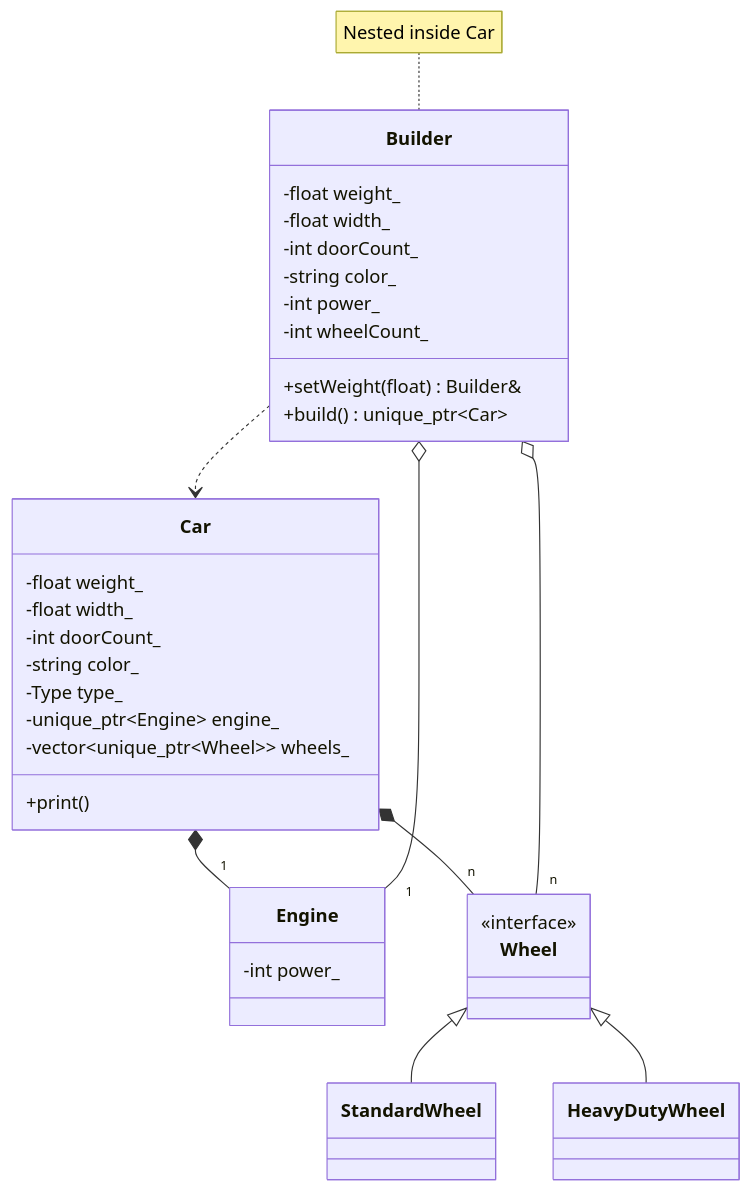
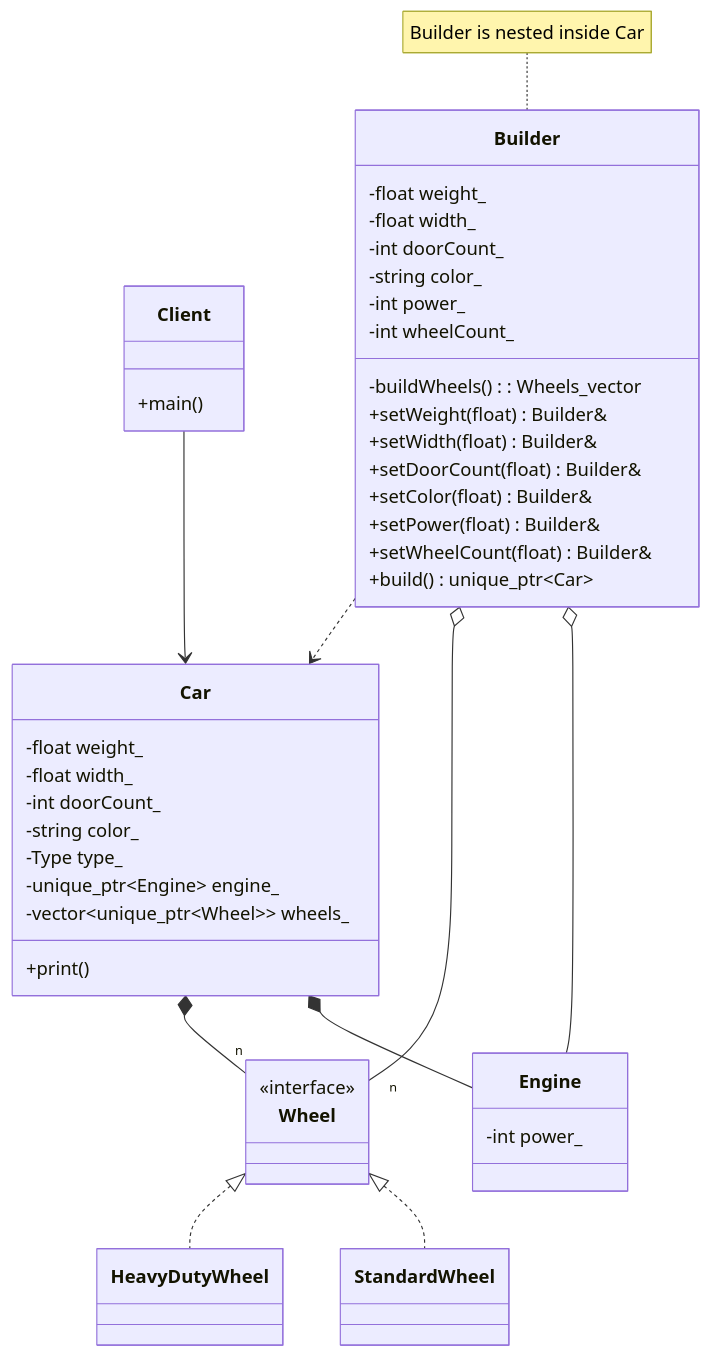
One commit to Cichlidfishexigency721/Modern-CPP-Design-Patterns changed the diagram in 01_Builder/Dynamic_example/diagram.md. Above: the diagram before and after it, drawn with Mermaid.

Commit message:
UML improvement

````diff
--- a/01_Builder/Dynamic_example/diagram.md
+++ b/01_Builder/Dynamic_example/diagram.md
@@ -3,42 +3,52 @@
 ```mermaid
 classDiagram
+   class Client { +main() }
+
    class Engine { -int power_ }
    class Wheel { <<interface>> }
    class StandardWheel
    class HeavyDutyWheel
    
    class Car {
       -float weight_
       -float width_
       -int doorCount_
       -string color_
       -Type type_
       -unique_ptr~Engine~ engine_
       -vector~unique_ptr~Wheel~~ wheels_
       +print()
    }
 
    class Builder {
       -float weight_
       -float width_
       -int doorCount_
       -string color_
       -int power_
       -int wheelCount_
+      -buildWheels() : Wheels_vector
       +setWeight(float) Builder&
+      +setWidth(float) Builder&
+      +setDoorCount(float) Builder&
+      +setColor(float) Builder&
+      +setPower(float) Builder&
+      +setWheelCount(float) Builder&
       +build() unique_ptr~Car~
    }
 
-   Wheel <|-- StandardWheel
-   Wheel <|-- HeavyDutyWheel
+   Wheel <|.. StandardWheel
+   Wheel <|.. HeavyDutyWheel
    
-   %% Relations with multiplicity only at the end
-   Car *-- "1" Engine
+   %% Relations
+   Car *-- Engine
    Car *-- "n" Wheel
    
-   Builder o-- "1" Engine
+   Builder o-- Engine
    Builder o-- "n" Wheel
    
    Builder ..> Car
-   note for Builder "Nested inside Car"
+   note for Builder "Builder is nested inside Car"
+
+   Client --> Car
 ```
````
